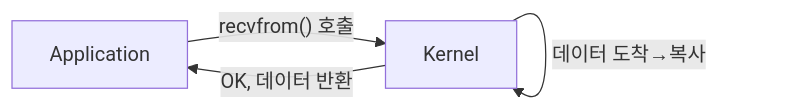
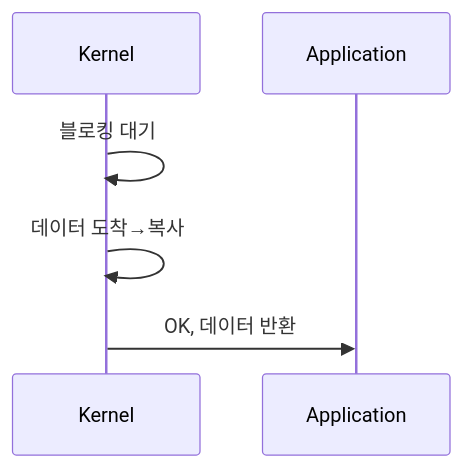
One commit to yjkim2015/yjkim2015.github.io changed the fifth of 9 diagrams in _posts/server/2026-05-01-sync-async-block-nonblock.md. Above: the diagram before and after it, drawn with Mermaid. The commit also changed other lines of this file and 89 other files, not shown here.

First line of the commit message:
복잡한 flowchart 163개 → sequenceDiagram 변환 (90파일)

````diff
--- a/_posts/server/2026-05-01-sync-async-block-nonblock.md
+++ b/_posts/server/2026-05-01-sync-async-block-nonblock.md
@@ -272,7 +271,6 @@
 ```mermaid
-graph LR
-    App["Application"] -->|"recvfrom() 호출"| K["Kernel"]
-    K -->|"블로킹 대기"| K
-    K -->|"데이터 도착→복사"| K
-    K -->|"OK, 데이터 반환"| App
+sequenceDiagram
+    Kernel->>Kernel: 블로킹 대기
+    Kernel->>Kernel: 데이터 도착→복사
+    Kernel->>Application: OK, 데이터 반환
 ```
````
